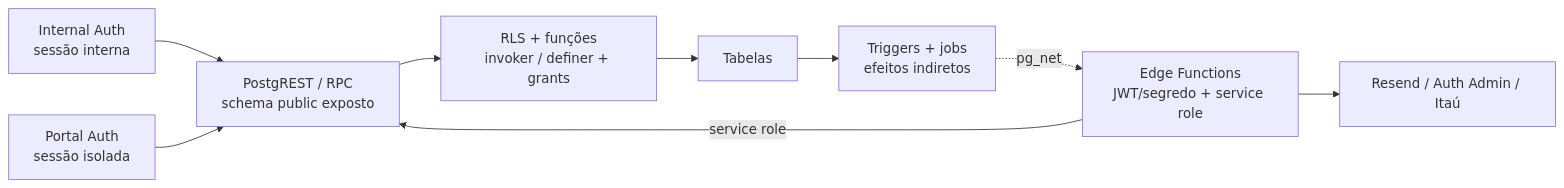
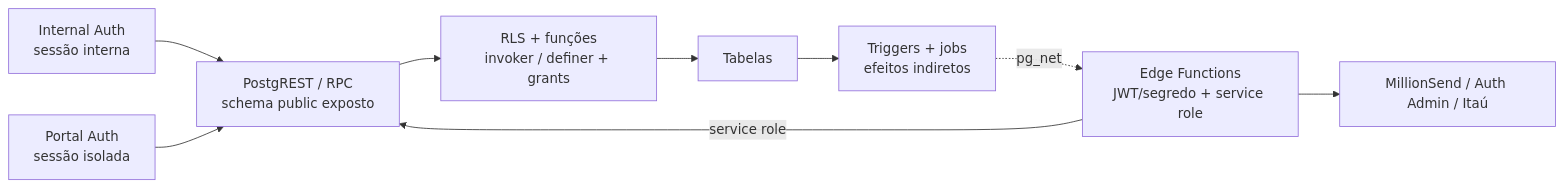
The diagram in docs/RASTREABILIDADE.md (luccafwlog/vela), drawn with Mermaid before and after one commit. The commit also changed other lines of this file and 10 other files, not shown here.

First line of the commit message:
Registra a MillionSend como provedor de e-mail

````diff
--- a/docs/RASTREABILIDADE.md
+++ b/docs/RASTREABILIDADE.md
@@ -232,20 +232,20 @@
 ```mermaid
 flowchart LR
     Internal["Internal Auth<br/>sessão interna"]
     Portal["Portal Auth<br/>sessão isolada"]
     Edge["Edge Functions<br/>JWT/segredo + service role"]
     API["PostgREST / RPC<br/>schema public exposto"]
     Boundary["RLS + funções<br/>invoker / definer + grants"]
     Data["Tabelas"]
     Indirect["Triggers + jobs<br/>efeitos indiretos"]
-    External["Resend / Auth Admin / Itaú"]
+    External["MillionSend / Auth Admin / Itaú"]
 
     Internal --> API
     Portal --> API
     Edge -->|service role| API
     API --> Boundary
     Boundary --> Data
     Data --> Indirect
     Indirect -. pg_net .-> Edge
     Edge --> External
 ```
````
